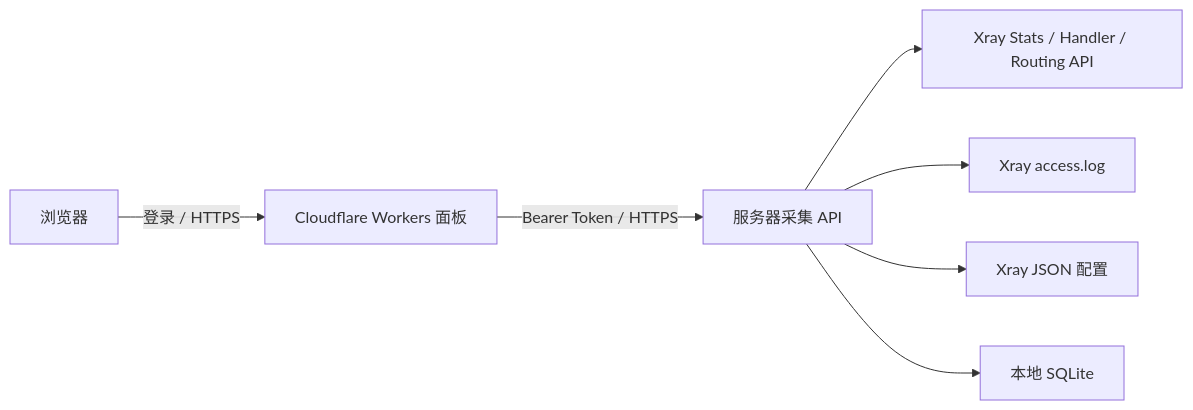
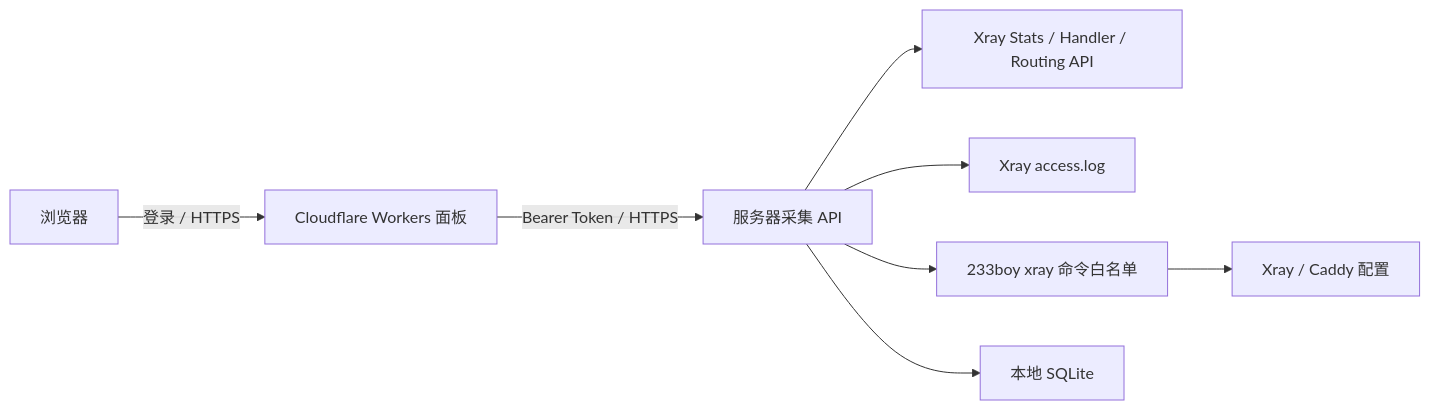
The diagram in README.md (wangkay007/X-Ray-Link-Monitoring-Panel), drawn with Mermaid before and after one commit. The commit also changed other lines of this file and 7 other files, not shown here.

````diff
--- a/README.md
+++ b/README.md
@@ -29,9 +46,10 @@
 ```mermaid
 flowchart LR
     Browser["浏览器"] -->|"登录 / HTTPS"| Panel["Cloudflare Workers 面板"]
     Panel -->|"Bearer Token / HTTPS"| Collector["服务器采集 API"]
     Collector --> Stats["Xray Stats / Handler / Routing API"]
     Collector --> Logs["Xray access.log"]
-    Collector --> Config["Xray JSON 配置"]
+    Collector --> Manager["233boy xray 命令白名单"]
+    Manager --> Config["Xray / Caddy 配置"]
     Collector --> DB["本地 SQLite"]
 ```
````
